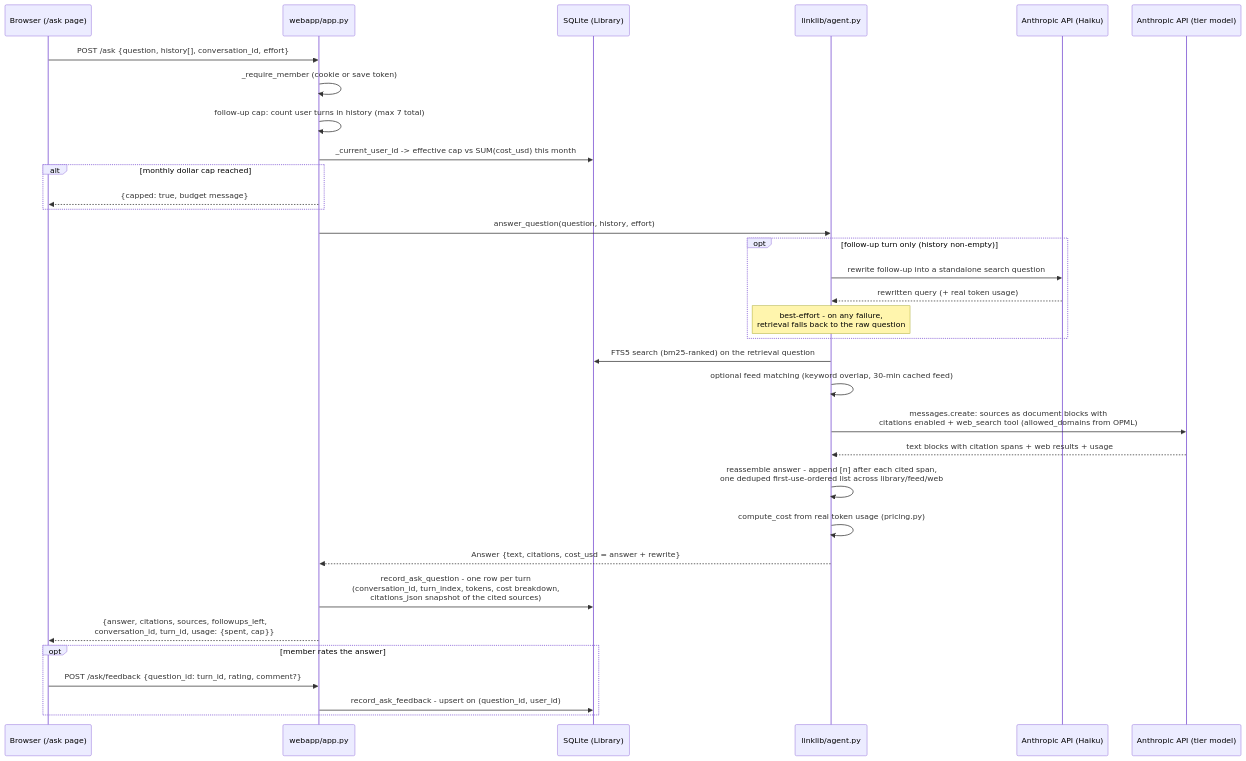
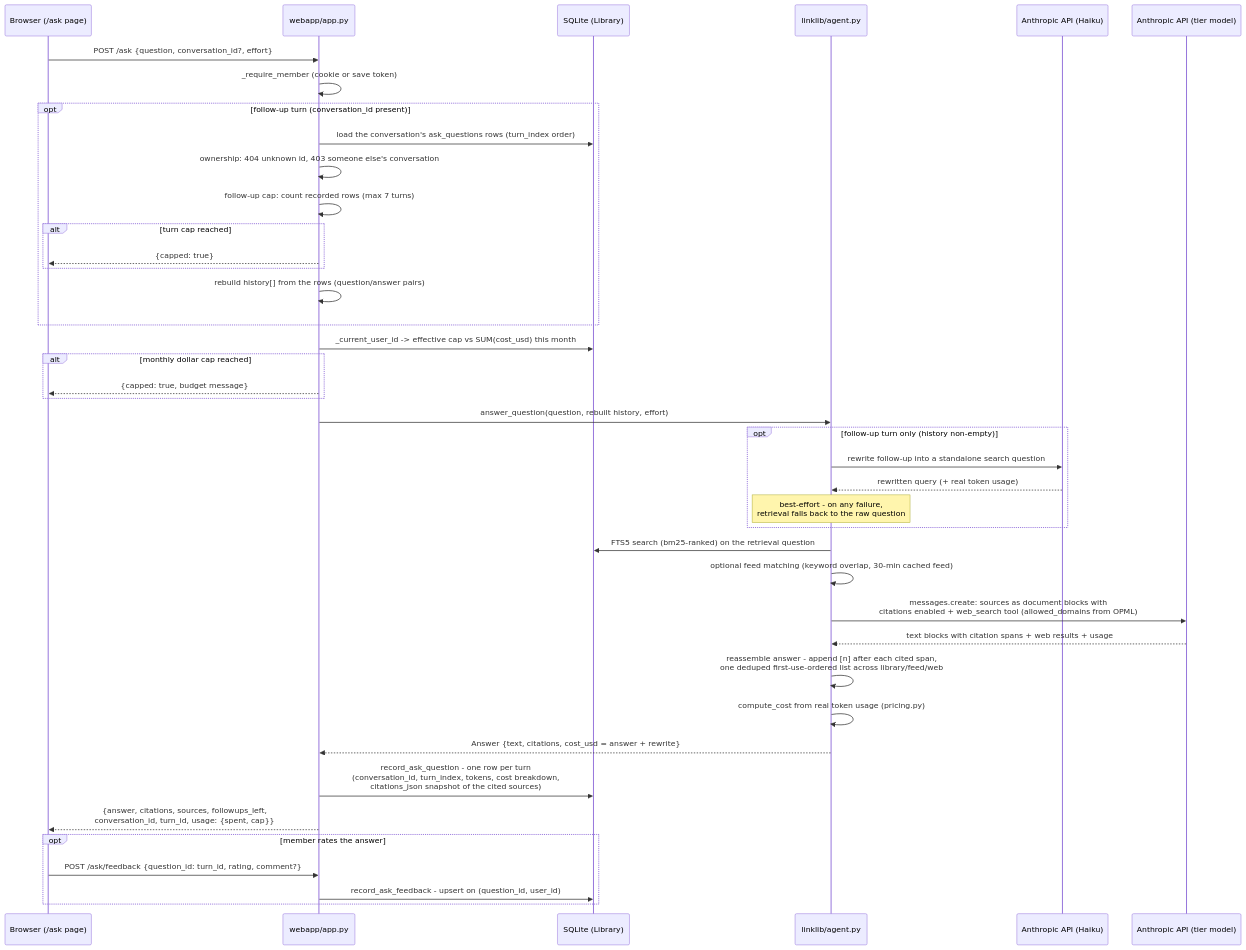
The third of 3 diagrams in ARCHITECTURE.md (bmweis/cfo-navigator), drawn with Mermaid before and after one commit. The commit also changed other lines of this file and 4 other files, not shown here.

````diff
--- a/ARCHITECTURE.md
+++ b/ARCHITECTURE.md
@@ -225,36 +228,44 @@
 ```mermaid
 sequenceDiagram
     participant B as Browser (/ask page)
     participant W as webapp/app.py
     participant DB as SQLite (Library)
     participant AG as linklib/agent.py
     participant H as Anthropic API (Haiku)
     participant C as Anthropic API (tier model)
 
-    B->>W: POST /ask {question, history[], conversation_id, effort}
+    B->>W: POST /ask {question, conversation_id?, effort}
     W->>W: _require_member (cookie or save token)
-    W->>W: follow-up cap: count user turns in history (max 7 total)
+    opt follow-up turn (conversation_id present)
+        W->>DB: load the conversation's ask_questions rows (turn_index order)
+        W->>W: ownership: 404 unknown id, 403 someone else's conversation
+        W->>W: follow-up cap: count recorded rows (max 7 turns)
+        alt turn cap reached
+            W-->>B: {capped: true}
+        end
+        W->>W: rebuild history[] from the rows (question/answer pairs)
+    end
     W->>DB: _current_user_id -> effective cap vs SUM(cost_usd) this month
     alt monthly dollar cap reached
         W-->>B: {capped: true, budget message}
     end
-    W->>AG: answer_question(question, history, effort)
+    W->>AG: answer_question(question, rebuilt history, effort)
     opt follow-up turn only (history non-empty)
         AG->>H: rewrite follow-up into a standalone search question
         H-->>AG: rewritten query (+ real token usage)
         Note over AG: best-effort - on any failure,<br/>retrieval falls back to the raw question
     end
     AG->>DB: FTS5 search (bm25-ranked) on the retrieval question
     AG->>AG: optional feed matching (keyword overlap, 30-min cached feed)
     AG->>C: messages.create: sources as document blocks with<br/>citations enabled + web_search tool (allowed_domains from OPML)
     C-->>AG: text blocks with citation spans + web results + usage
     AG->>AG: reassemble answer - append [n] after each cited span,<br/>one deduped first-use-ordered list across library/feed/web
     AG->>AG: compute_cost from real token usage (pricing.py)
     AG-->>W: Answer {text, citations, cost_usd = answer + rewrite}
     W->>DB: record_ask_question - one row per turn<br/>(conversation_id, turn_index, tokens, cost breakdown,<br/>citations_json snapshot of the cited sources)
     W-->>B: {answer, citations, sources, followups_left,<br/>conversation_id, turn_id, usage: {spent, cap}}
     opt member rates the answer
         B->>W: POST /ask/feedback {question_id: turn_id, rating, comment?}
         W->>DB: record_ask_feedback - upsert on (question_id, user_id)
     end
 ```
````
